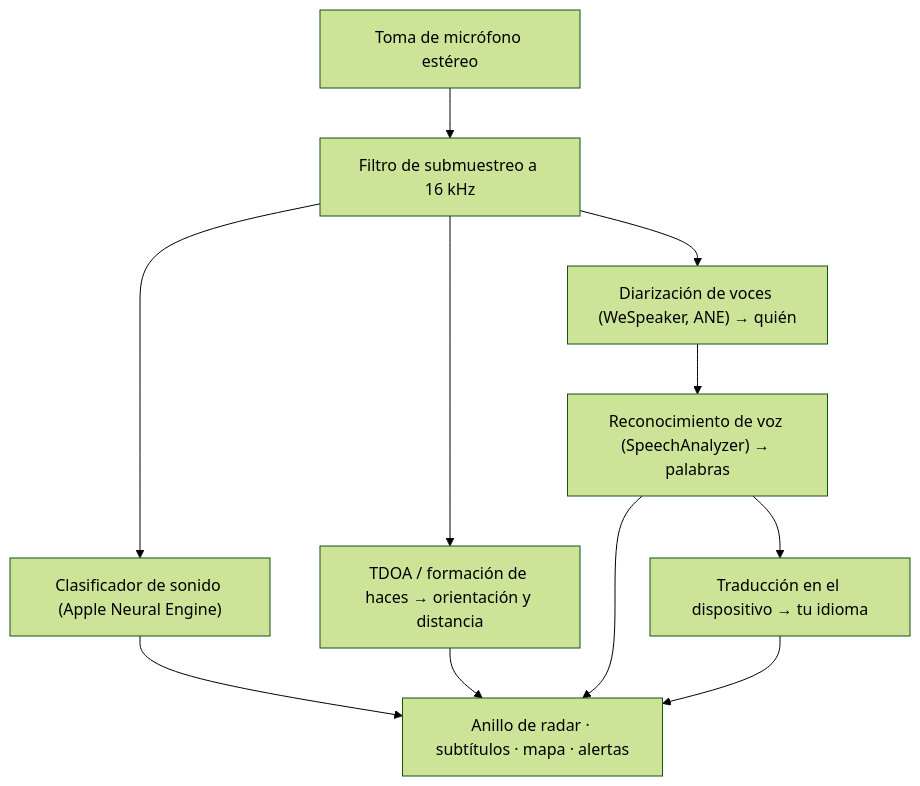
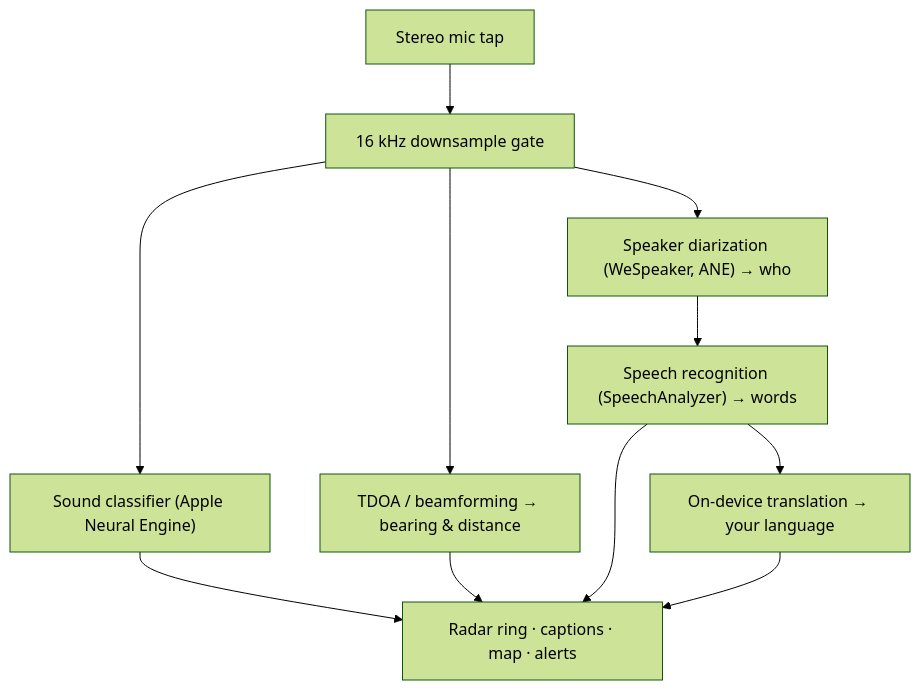
One commit to rpalm01-star/VigilantEarLegal changed the diagram in README_es.md. Above: the diagram before and after it, drawn with Mermaid (forest theme). The commit also changed other lines of this file and 27 other files, not shown here.

````diff
--- a/README_es.md
+++ b/README_es.md
@@ -73,10 +73,10 @@
 ```mermaid
 graph TD
-    A["Toma de micrófono estéreo"] --> B["Filtro de submuestreo a 16 kHz"]
-    B --> C["Clasificador de sonido (Apple Neural Engine)"]
-    B --> D["TDOA / formación de haces → orientación y distancia"]
-    B --> E["Diarización de voces (WeSpeaker, ANE) → quién"]
-    E --> F["Reconocimiento de voz (SpeechAnalyzer) → palabras"]
-    F --> G["Traducción en el dispositivo → tu idioma"]
-    C & D & F & G --> H["Anillo de radar · subtítulos · mapa · alertas"]
+    A["Stereo mic tap"] --> B["16 kHz downsample gate"]
+    B --> C["Sound classifier (Apple Neural Engine)"]
+    B --> D["TDOA / beamforming → bearing & distance"]
+    B --> E["Speaker diarization (WeSpeaker, ANE) → who"]
+    E --> F["Speech recognition (SpeechAnalyzer) → words"]
+    F --> G["On-device translation → your language"]
+    C & D & F & G --> H["Radar ring · captions · map · alerts"]
 ```
````
